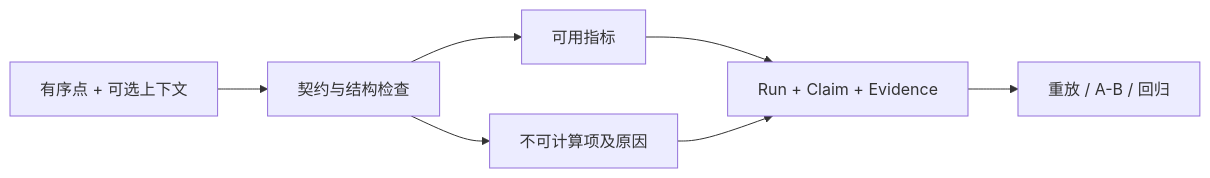
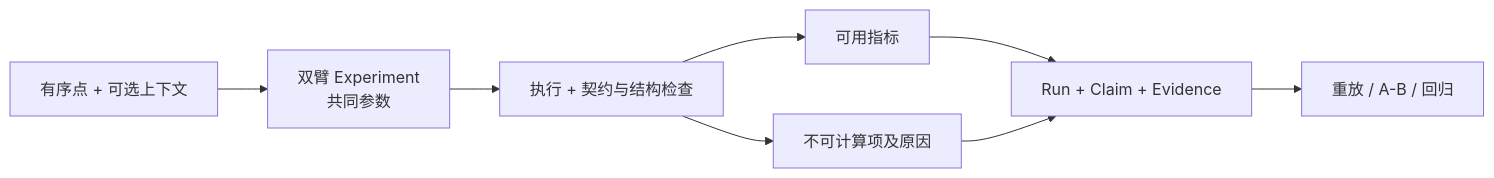
The second of 4 diagrams in CNC 算法效果评估与智能优化平台——项目规划蓝图.md (lusipad/Axiom), drawn with Mermaid before and after one commit. The commit also changed other lines of this file and 66 other files, not shown here.

````diff
--- a/CNC 算法效果评估与智能优化平台——项目规划蓝图.md
+++ b/CNC 算法效果评估与智能优化平台——项目规划蓝图.md
@@ -205,9 +205,10 @@
 ```mermaid
 flowchart LR
-    Input["有序点 + 可选上下文"] --> Validate["契约与结构检查"]
+    Input["有序点 + 可选上下文"] --> Experiment["双臂 Experiment<br/>共同参数"]
+    Experiment --> Validate["执行 + 契约与结构检查"]
     Validate --> Metrics["可用指标"]
     Validate --> Missing["不可计算项及原因"]
     Metrics --> Result["Run + Claim + Evidence"]
     Missing --> Result
     Result --> Compare["重放 / A-B / 回归"]
 ```
````
